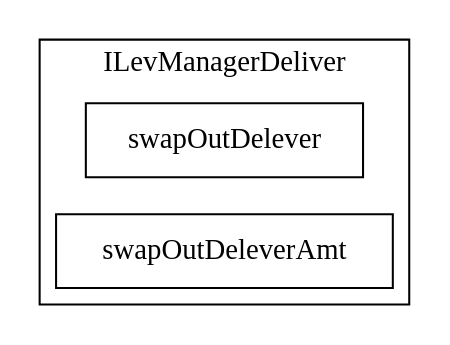
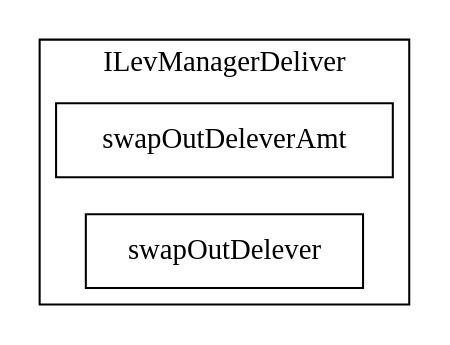
Before and after one commit to quidmints/SPV: the diagram in evm/slither-out/...ILevManagerDeliver.call-graph.dot, drawn with Graphviz. The commit also changed 98 other files, not shown here.

First line of the commit message:
Regenerate slither-out: it described an architecture deleted 12 days ago

```diff
--- a/evm/slither-out/...ILevManagerDeliver.call-graph.dot
+++ b/evm/slither-out/...ILevManagerDeliver.call-graph.dot
@@ -1,11 +1,11 @@
 strict digraph {
 rankdir="LR"
 node [shape=box]
-subgraph cluster_71779_ILevManagerDeliver {
+subgraph cluster_49554_ILevManagerDeliver {
 label = "ILevManagerDeliver"
-"71779_swapOutDelever" [label="swapOutDelever"]
-"71779_swapOutDeleverAmt" [label="swapOutDeleverAmt"]
+"49554_swapOutDeleverAmt" [label="swapOutDeleverAmt"]
+"49554_swapOutDelever" [label="swapOutDelever"]
 }subgraph cluster_solidity {
 label = "[Solidity]"
 }
 }
```
